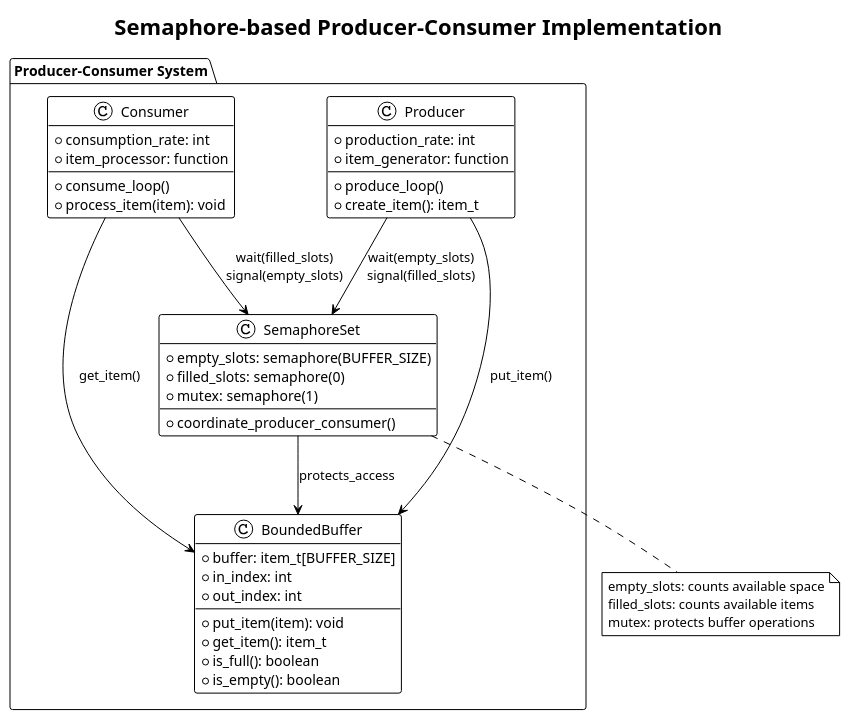
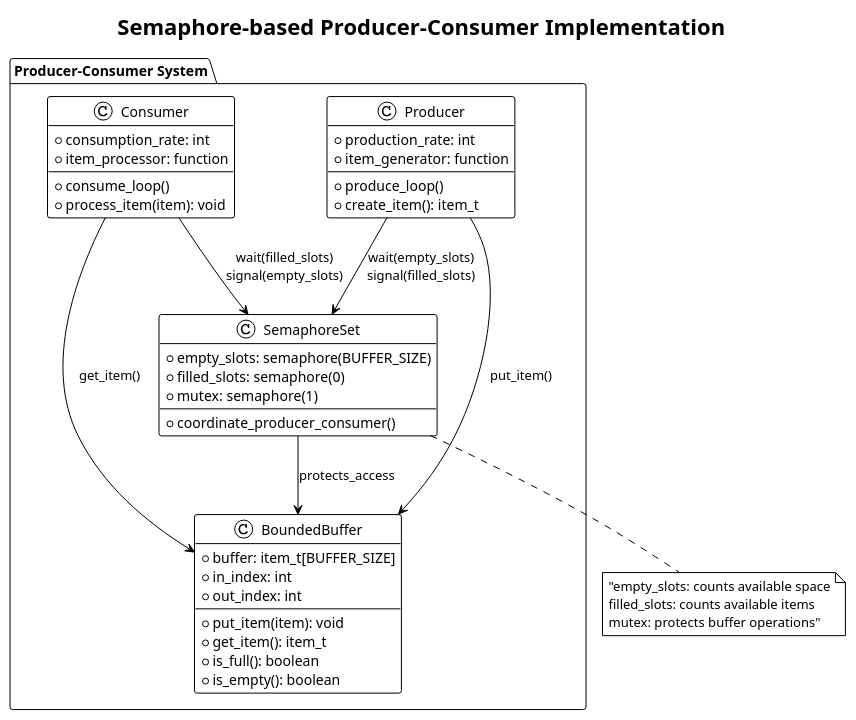
Before and after one commit to mohitmishra786/myJourneyOfBuildingOS: the third of 7 diagrams in Ch-5-Thread-Management/Thread-Synchronization.md, drawn with PlantUML. The commit also changed other lines of this file and 3 other files, not shown here.

````diff
--- a/Ch-5-Thread-Management/Thread-Synchronization.md
+++ b/Ch-5-Thread-Management/Thread-Synchronization.md
@@ -135,52 +135,52 @@
 ```plantuml
 @startuml
 !theme plain
-title Semaphore-based Producer-Consumer Implementation
+title "Semaphore-based Producer-Consumer Implementation"
 
 package "Producer-Consumer System" {
   
   class BoundedBuffer {
     + buffer: item_t[BUFFER_SIZE]
     + in_index: int
     + out_index: int
     --
     + put_item(item): void
     + get_item(): item_t
     + is_full(): boolean
     + is_empty(): boolean
   }
   
   class SemaphoreSet {
     + empty_slots: semaphore(BUFFER_SIZE)
     + filled_slots: semaphore(0)
     + mutex: semaphore(1)
     --
     + coordinate_producer_consumer()
   }
   
   class Producer {
     + production_rate: int
     + item_generator: function
     --
     + produce_loop()
     + create_item(): item_t
   }
   
   class Consumer {
     + consumption_rate: int
     + item_processor: function
     --
     + consume_loop()
     + process_item(item): void
   }
 }
 
-Producer --> SemaphoreSet : wait(empty_slots)\nsignal(filled_slots)
-Consumer --> SemaphoreSet : wait(filled_slots)\nsignal(empty_slots)
-SemaphoreSet --> BoundedBuffer : protects_access
-Producer --> BoundedBuffer : put_item()
-Consumer --> BoundedBuffer : get_item()
+Producer --> SemaphoreSet : "wait(empty_slots)\nsignal(filled_slots)"
+Consumer --> SemaphoreSet : "wait(filled_slots)\nsignal(empty_slots)"
+SemaphoreSet --> BoundedBuffer : "protects_access"
+Producer --> BoundedBuffer : "put_item()"
+Consumer --> BoundedBuffer : "get_item()"
 
-note bottom of SemaphoreSet : empty_slots: counts available space\nfilled_slots: counts available items\nmutex: protects buffer operations
+note bottom of SemaphoreSet : "empty_slots: counts available space\nfilled_slots: counts available items\nmutex: protects buffer operations"
 @enduml
 ```
````
